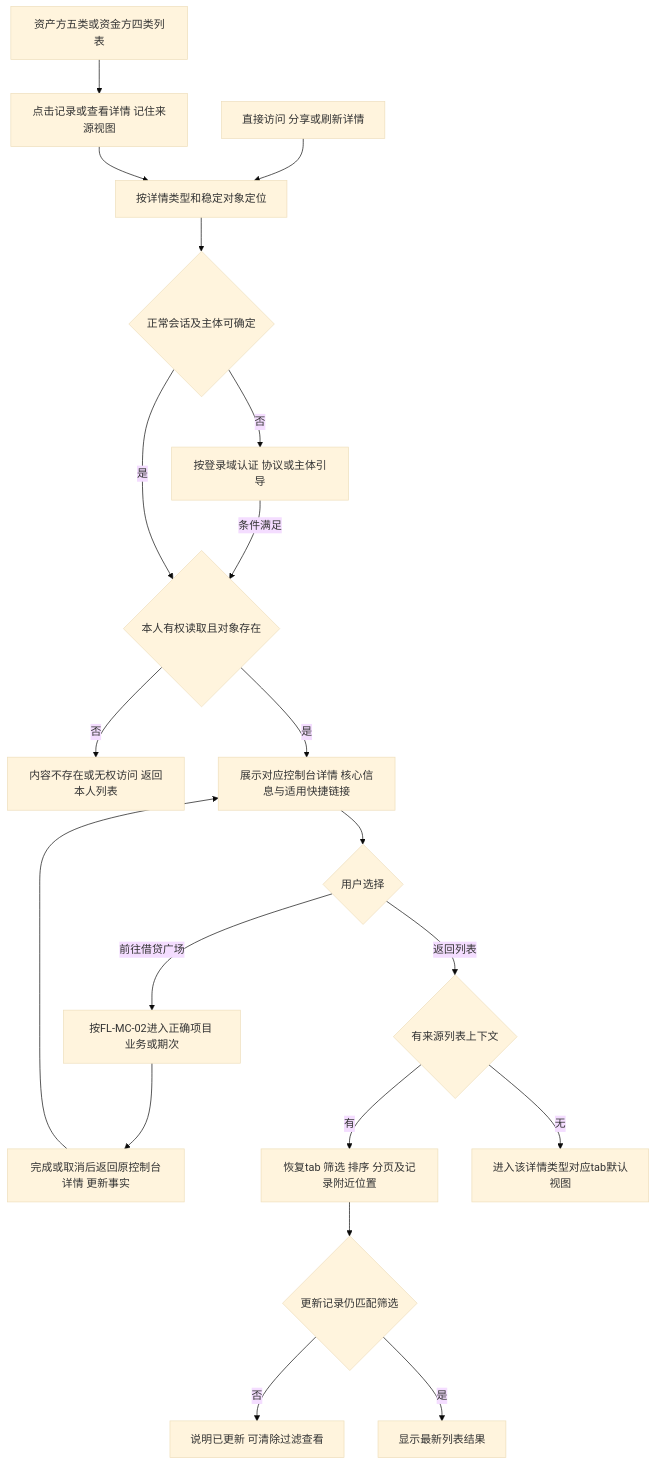
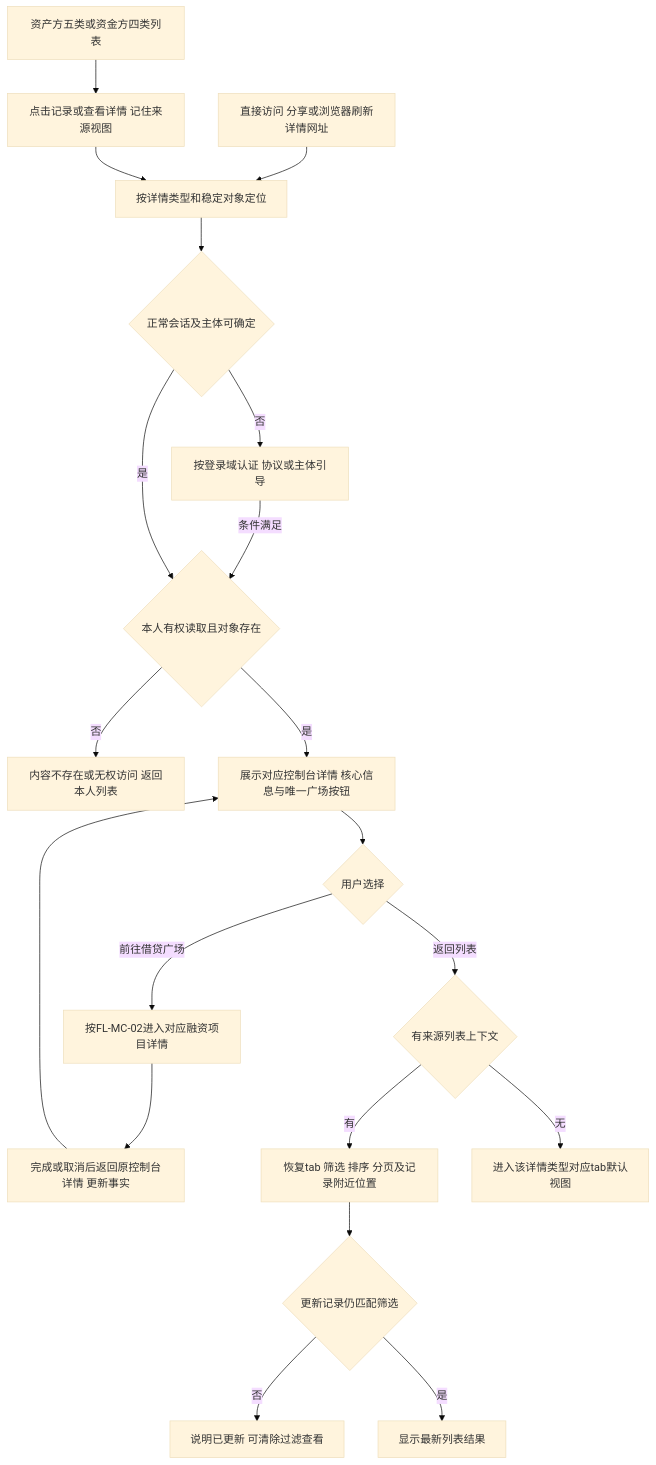
The eighth of 11 diagrams in lending-platform/PRD/v1.0-我的控制台/v1.0-我的控制台-流程图与状态机.md (wxblockchain/Chain-Financing), drawn with Mermaid (base theme) before and after one commit. The commit also changed other lines of this file and 2 other files, not shown here.

````diff
--- a/lending-platform/PRD/v1.0-我的控制台/v1.0-我的控制台-流程图与状态机.md
+++ b/lending-platform/PRD/v1.0-我的控制台/v1.0-我的控制台-流程图与状态机.md
@@ -190,22 +200,22 @@
 ```mermaid
 flowchart TD
   A[资产方五类或资金方四类列表] --> B[点击记录或查看详情 记住来源视图]
-  C[直接访问 分享或刷新详情] --> D[按详情类型和稳定对象定位]
+  C[直接访问 分享或浏览器刷新详情网址] --> D[按详情类型和稳定对象定位]
   B --> D
   D --> E{正常会话及主体可确定}
   E -- 否 --> F[按登录域认证 协议或主体引导]
   F -- 条件满足 --> G{本人有权读取且对象存在}
   E -- 是 --> G
   G -- 否 --> H[内容不存在或无权访问 返回本人列表]
-  G -- 是 --> I[展示对应控制台详情 核心信息与适用快捷链接]
+  G -- 是 --> I[展示对应控制台详情 核心信息与唯一广场按钮]
   I --> J{用户选择}
-  J -- 前往借贷广场 --> K[按FL-MC-02进入正确项目 业务或期次]
+  J -- 前往借贷广场 --> K[按FL-MC-02进入对应融资项目详情]
   K --> L[完成或取消后返回原控制台详情 更新事实]
   L --> I
   J -- 返回列表 --> M{有来源列表上下文}
   M -- 有 --> N[恢复tab 筛选 排序 分页及记录附近位置]
   M -- 无 --> O[进入该详情类型对应tab默认视图]
   N --> P{更新记录仍匹配筛选}
   P -- 否 --> Q[说明已更新 可清除过滤查看]
   P -- 是 --> R[显示最新列表结果]
 ```
````
